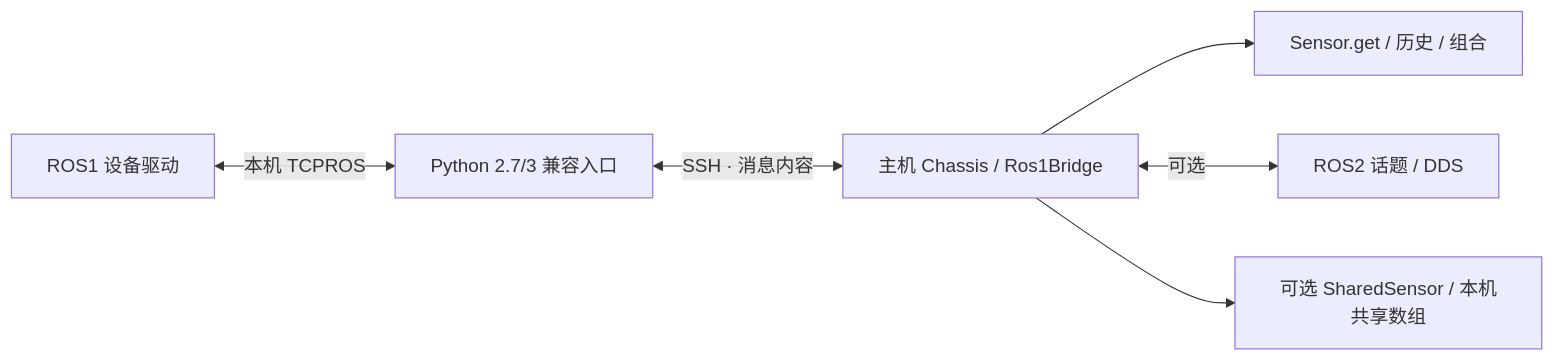
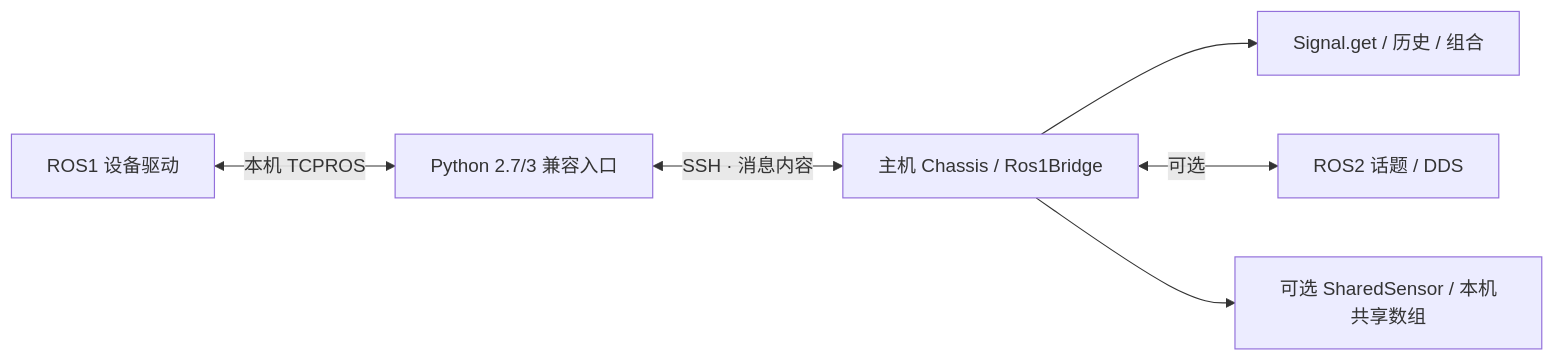
One commit to GrayFL/RSim changed the diagram in docs/ros1.md. Above: the diagram before and after it, drawn with Mermaid. The commit also changed other lines of this file and 51 other files, not shown here.

Commit message:
1. 数据流图和物理节点图解耦重构

````diff
--- a/docs/ros1.md
+++ b/docs/ros1.md
@@ -5,8 +5,8 @@
 ```mermaid
 flowchart LR
   A[ROS1 设备驱动] <-->|本机 TCPROS| B[Python 2.7/3 兼容入口]
   B <-->|SSH · 消息内容| C[主机 Chassis / Ros1Bridge]
-  C --> D[Sensor.get / 历史 / 组合]
+  C --> D[Signal.get / 历史 / 组合]
   C <-->|可选| E[ROS2 话题 / DDS]
   C --> F[可选 SharedSensor / 本机共享数组]
 ```
````
